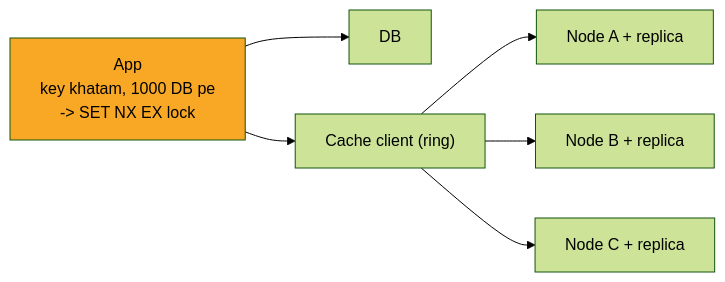
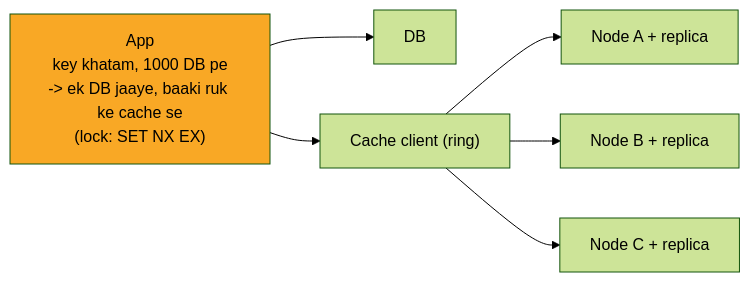
One commit to ArpanMaheshwari144/Prep changed the sixth of 8 diagrams in 04_HLD/SYSTEM_DESIGNS/10_distributed_cache/10_distributed_cache.md. Above: the diagram before and after it, drawn with Mermaid (forest theme). The commit also changed other lines of this file and 13 other files, not shown here.

````diff
--- a/04_HLD/SYSTEM_DESIGNS/10_distributed_cache/10_distributed_cache.md
+++ b/04_HLD/SYSTEM_DESIGNS/10_distributed_cache/10_distributed_cache.md
@@ -241,15 +241,15 @@
 ```mermaid
 flowchart LR
-    n_App["App<br/>key khatam, 1000 DB pe<br/>-> SET NX EX lock"]
+    n_App["App<br/>key khatam, 1000 DB pe<br/>-> ek DB jaaye, baaki ruk ke cache se<br/>(lock: SET NX EX)"]
     n_DB["DB"]
     n_Cache_client["Cache client (ring)"]
     n_Node_A_replica["Node A + replica"]
     n_Node_B_replica["Node B + replica"]
     n_Node_C_replica["Node C + replica"]
     n_App --> n_DB
     n_App --> n_Cache_client
     n_Cache_client --> n_Node_A_replica
     n_Cache_client --> n_Node_B_replica
     n_Cache_client --> n_Node_C_replica
     style n_App fill:#f9a825,color:#000
 ```
````
